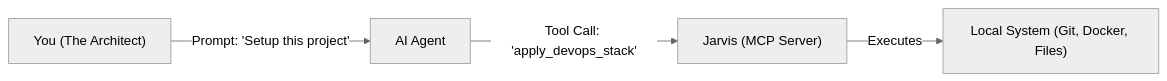
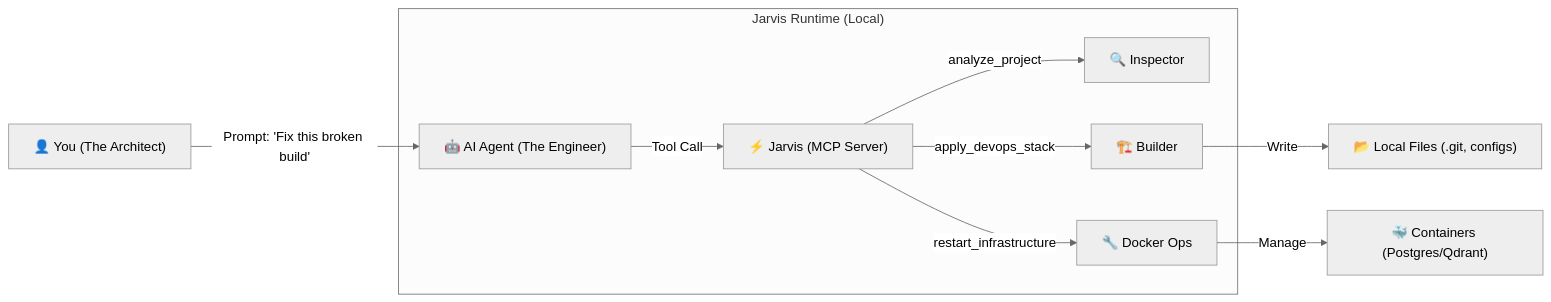
One commit to JRedeker/Jarvis-mcpm changed the diagram in README.md. Above: the diagram before and after it, drawn with Mermaid (neutral theme). The commit also changed other lines of this file, not shown here.

````diff
--- a/README.md
+++ b/README.md
@@ -22,6 +32,14 @@
 ```mermaid
 graph LR
-    User["You (The Architect)"] -->|Prompt: 'Setup this project'| Agent["AI Agent"]
-    Agent -->|Tool Call: 'apply_devops_stack'| Jarvis["Jarvis (MCP Server)"]
-    Jarvis -->|Executes| Infrastructure["Local System (Git, Docker, Files)"]
+    User["👤 You (The Architect)"] -->|Prompt: 'Fix this broken build'| Agent["🤖 AI Agent (The Engineer)"]
+
+    subgraph "Jarvis Runtime (Local)"
+        Agent -->|Tool Call| Jarvis["⚡ Jarvis (MCP Server)"]
+        Jarvis -->|analyze_project| Analyzer["🔍 Inspector"]
+        Jarvis -->|apply_devops_stack| Scaffolder["🏗️ Builder"]
+        Jarvis -->|restart_infrastructure| Mechanic["🔧 Docker Ops"]
+    end
+
+    Scaffolder -->|Write| Files["📂 Local Files (.git, configs)"]
+    Mechanic -->|Manage| Docker["🐳 Containers (Postgres/Qdrant)"]
 ```
````
